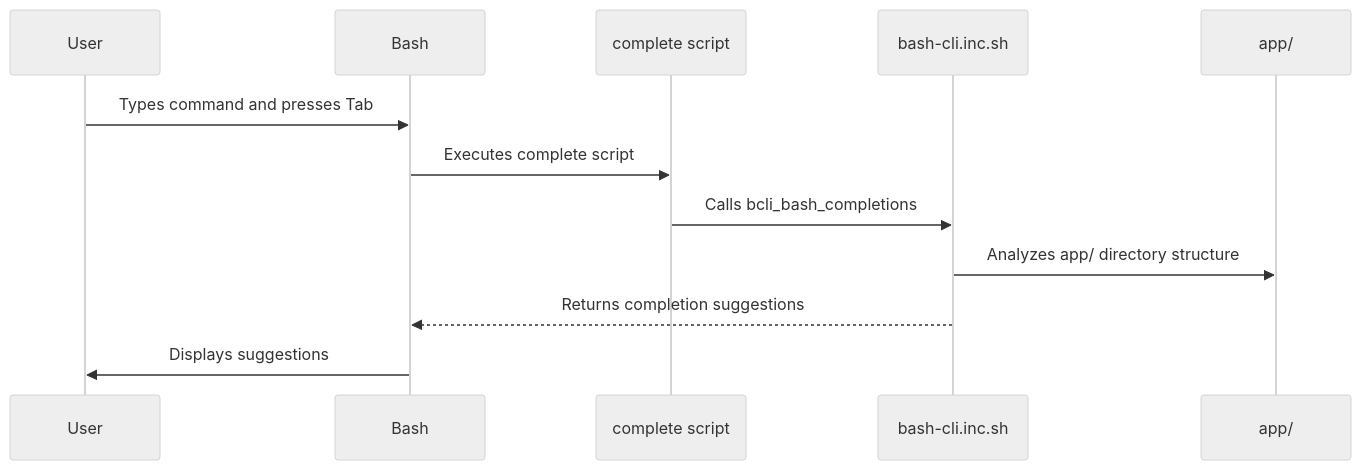
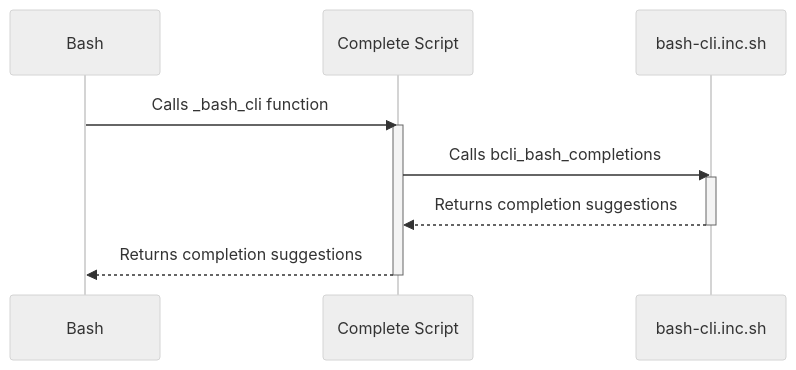
One commit to aireilly/bash-cli-docs-test changed the diagram in docs/04_bash_completion_logic_.md. Above: the diagram before and after it, drawn with Mermaid (neutral theme). The commit also changed other lines of this file and 6 other files, not shown here.

````diff
--- a/docs/04_bash_completion_logic_.md
+++ b/docs/04_bash_completion_logic_.md
@@ -33,15 +86,15 @@
 ```mermaid
 sequenceDiagram
-    participant User
     participant Bash
-    participant complete script
+    participant Complete Script
     participant bash-cli.inc.sh
-    participant app/
 
-    User->>Bash: Types command and presses Tab
-    Bash->>complete script: Executes complete script
-    complete script->>bash-cli.inc.sh: Calls bcli_bash_completions
-    bash-cli.inc.sh->>app/: Analyzes app/ directory structure
-    bash-cli.inc.sh-->>Bash: Returns completion suggestions
-    Bash->>User: Displays suggestions
+    Bash->>Complete Script: Calls _bash_cli function
+    activate Complete Script
+    Complete Script->>bash-cli.inc.sh: Calls bcli_bash_completions
+    activate bash-cli.inc.sh
+    bash-cli.inc.sh-->>Complete Script: Returns completion suggestions
+    deactivate bash-cli.inc.sh
+    Complete Script-->>Bash: Returns completion suggestions
+    deactivate Complete Script
 ```
````
